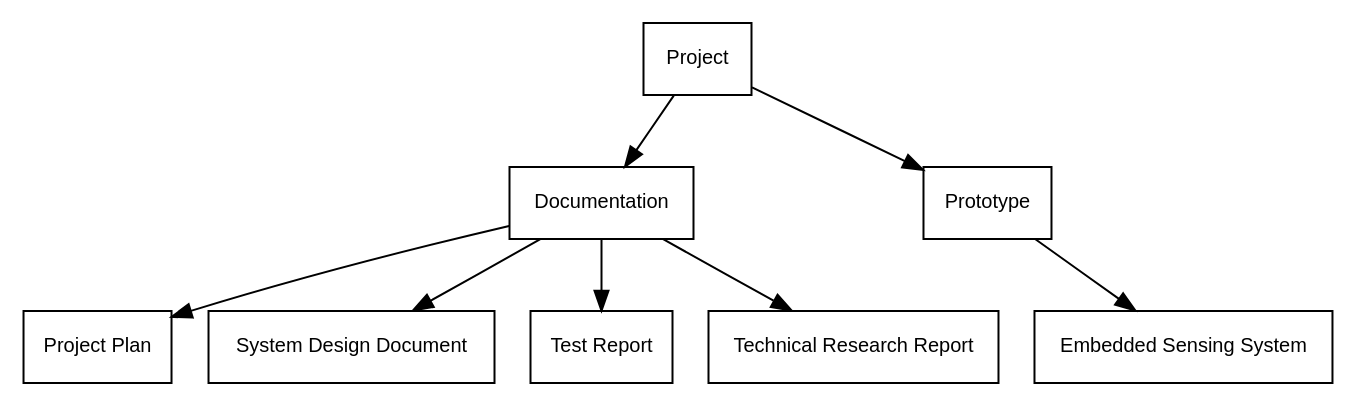
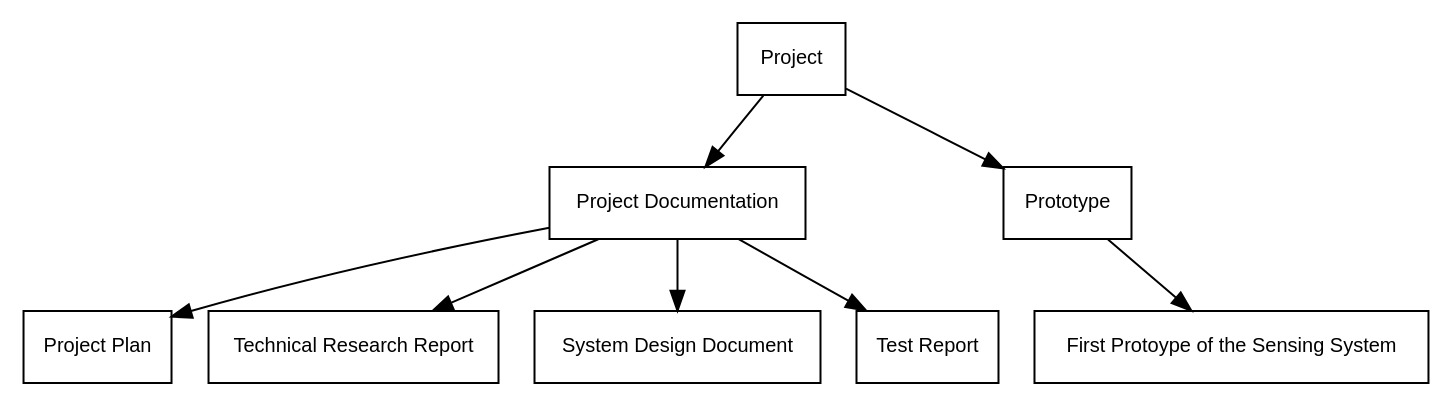
One commit to caseystijlaart/Fontys changed the diagram in docs/project-plan/project-assignment/finished-products.adoc. Above: the diagram before and after it, drawn with Graphviz. The commit also changed 5 other files, not shown here.

```diff
--- a/docs/project-plan/project-assignment/finished-products.adoc
+++ b/docs/project-plan/project-assignment/finished-products.adoc
@@ -9,17 +9,17 @@
 [graphviz, project-tree, png]
 ....
 digraph ProjectTree {
   rankdir=TB;
   node [shape=box, fontname="Helvetica", fontsize=10];
 
-  Project -> Documentation;
+  Project -> "Project Documentation";
   Project -> Prototype;
 
-  Documentation -> "Project Plan";
-  Documentation -> "System Design Document";
-  Documentation -> "Test Report";
-  Documentation -> "Technical Research Report";
+  "Project Documentation" -> "Project Plan";
+  "Project Documentation" -> "Technical Research Report";
+  "Project Documentation" -> "System Design Document";
+  "Project Documentation" -> "Test Report";
 
-  Prototype -> "Embedded Sensing System";
+  Prototype -> "First Protoype of the Sensing System";
 }
 ....
```
